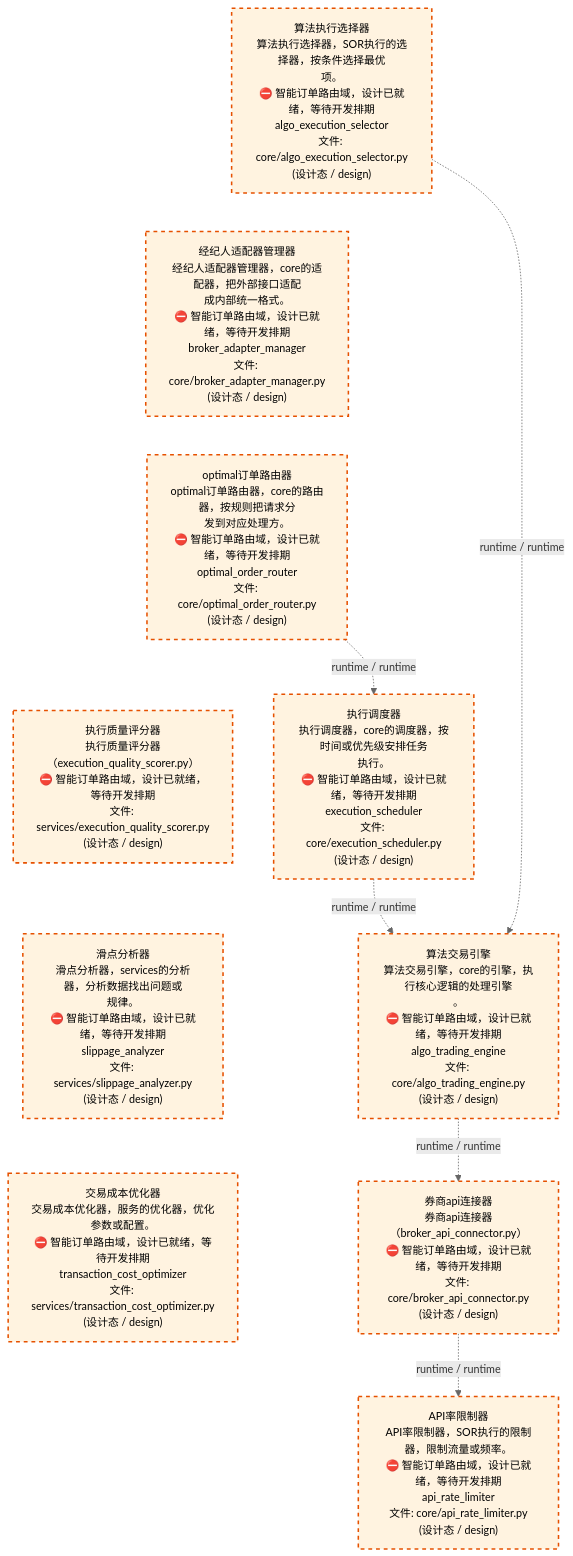
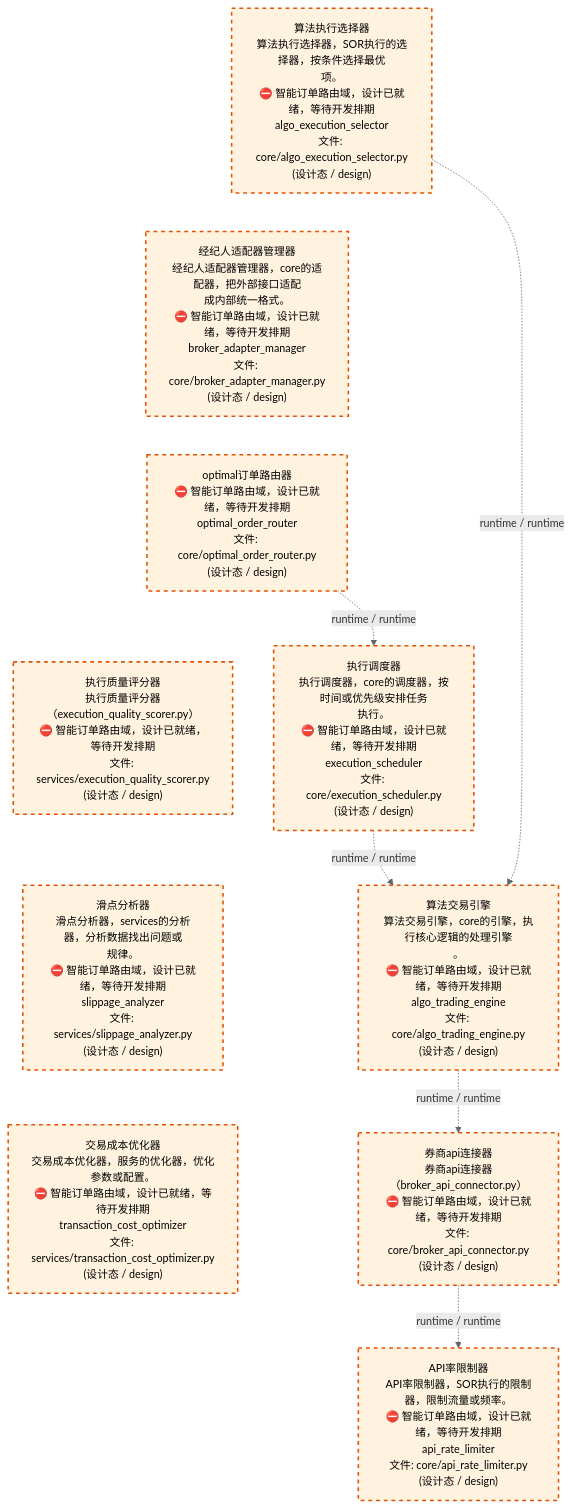
One commit to xuanFelixVan/ZephyrAlpha changed the third of 4 diagrams in docs/02_enterprise_architecture/02_domain_architecture_docs/45_d_ex_sor.md. Above: the diagram before and after it, drawn with Mermaid. The commit also changed other lines of this file and 61 other files, not shown here.

````diff
--- a/docs/02_enterprise_architecture/02_domain_architecture_docs/45_d_ex_sor.md
+++ b/docs/02_enterprise_architecture/02_domain_architecture_docs/45_d_ex_sor.md
@@ -138,29 +137,29 @@
 ```mermaid
 %%{init: {'theme': 'base', 'themeVariables': {'primaryColor': '#eaeaea', 'primaryTextColor': '#333333', 'primaryBorderColor': '#666666', 'lineColor': '#666666', 'secondaryColor': '#eaeaea', 'tertiaryColor': '#eaeaea', 'fontSize': '14px'}}}%%
 flowchart TD
     src_zephyr_ex_sor_core_algo_execution_selector_py["算法执行选择器<br/>算法执行选择器，SOR执行的选择器，按条件选择最优<br/>项。<br/>⛔ 智能订单路由域，设计已就绪，等待开发排期<br/>algo_execution_selector<br/>文件: core/algo_execution_selector.py<br/>(设计态 / design)"]
     src_zephyr_ex_sor_core_broker_adapter_manager_py["经纪人适配器管理器<br/>经纪人适配器管理器，core的适配器，把外部接口适配<br/>成内部统一格式。<br/>⛔ 智能订单路由域，设计已就绪，等待开发排期<br/>broker_adapter_manager<br/>文件: core/broker_adapter_manager.py<br/>(设计态 / design)"]
-    src_zephyr_ex_sor_core_optimal_order_router_py["optimal订单路由器<br/>optimal订单路由器，core的路由器，按规则把请求分<br/>发到对应处理方。<br/>⛔ 智能订单路由域，设计已就绪，等待开发排期<br/>optimal_order_router<br/>文件: core/optimal_order_router.py<br/>(设计态 / design)"]
+    src_zephyr_ex_sor_core_optimal_order_router_py["optimal订单路由器<br/>⛔ 智能订单路由域，设计已就绪，等待开发排期<br/>optimal_order_router<br/>文件: core/optimal_order_router.py<br/>(设计态 / design)"]
     src_zephyr_ex_sor_services_execution_quality_scorer_py["执行质量评分器<br/>执行质量评分器（execution_quality_scorer.py）<br/>⛔ 智能订单路由域，设计已就绪，等待开发排期<br/>文件: services/execution_quality_scorer.py<br/>(设计态 / design)"]
     src_zephyr_ex_sor_services_slippage_analyzer_py["滑点分析器<br/>滑点分析器，services的分析器，分析数据找出问题或<br/>规律。<br/>⛔ 智能订单路由域，设计已就绪，等待开发排期<br/>slippage_analyzer<br/>文件: services/slippage_analyzer.py<br/>(设计态 / design)"]
     src_zephyr_ex_sor_services_transaction_cost_optimizer_py["交易成本优化器<br/>交易成本优化器，服务的优化器，优化参数或配置。<br/>⛔ 智能订单路由域，设计已就绪，等待开发排期<br/>transaction_cost_optimizer<br/>文件: services/transaction_cost_optimizer.py<br/>(设计态 / design)"]
     src_zephyr_ex_sor_core_algo_execution_selector_py ~~~ src_zephyr_ex_sor_core_broker_adapter_manager_py
     src_zephyr_ex_sor_core_broker_adapter_manager_py ~~~ src_zephyr_ex_sor_core_optimal_order_router_py
     src_zephyr_ex_sor_core_optimal_order_router_py ~~~ src_zephyr_ex_sor_services_execution_quality_scorer_py
     src_zephyr_ex_sor_services_execution_quality_scorer_py ~~~ src_zephyr_ex_sor_services_slippage_analyzer_py
     src_zephyr_ex_sor_services_slippage_analyzer_py ~~~ src_zephyr_ex_sor_services_transaction_cost_optimizer_py
     src_zephyr_ex_sor_core_execution_scheduler_py["执行调度器<br/>执行调度器，core的调度器，按时间或优先级安排任务<br/>执行。<br/>⛔ 智能订单路由域，设计已就绪，等待开发排期<br/>execution_scheduler<br/>文件: core/execution_scheduler.py<br/>(设计态 / design)"]
     src_zephyr_ex_sor_core_algo_trading_engine_py["算法交易引擎<br/>算法交易引擎，core的引擎，执行核心逻辑的处理引擎<br/>。<br/>⛔ 智能订单路由域，设计已就绪，等待开发排期<br/>algo_trading_engine<br/>文件: core/algo_trading_engine.py<br/>(设计态 / design)"]
     src_zephyr_ex_sor_core_broker_api_connector_py["券商api连接器<br/>券商api连接器（broker_api_connector.py）<br/>⛔ 智能订单路由域，设计已就绪，等待开发排期<br/>文件: core/broker_api_connector.py<br/>(设计态 / design)"]
     src_zephyr_ex_sor_core_api_rate_limiter_py["API率限制器<br/>API率限制器，SOR执行的限制器，限制流量或频率。<br/>⛔ 智能订单路由域，设计已就绪，等待开发排期<br/>api_rate_limiter<br/>文件: core/api_rate_limiter.py<br/>(设计态 / design)"]
     src_zephyr_ex_sor_core_optimal_order_router_py -.->|runtime / runtime| src_zephyr_ex_sor_core_execution_scheduler_py
     src_zephyr_ex_sor_core_execution_scheduler_py -.->|runtime / runtime| src_zephyr_ex_sor_core_algo_trading_engine_py
     src_zephyr_ex_sor_core_algo_trading_engine_py -.->|runtime / runtime| src_zephyr_ex_sor_core_broker_api_connector_py
     src_zephyr_ex_sor_core_algo_execution_selector_py -.->|runtime / runtime| src_zephyr_ex_sor_core_algo_trading_engine_py
     src_zephyr_ex_sor_core_broker_api_connector_py -.->|runtime / runtime| src_zephyr_ex_sor_core_api_rate_limiter_py
     classDef production fill:#e1f5fe,stroke:#01579b,stroke-width:2px,color:#000
     classDef design fill:#fff3e0,stroke:#e65100,stroke-width:2px,color:#000,stroke-dasharray: 5 5
     classDef external_prod fill:#e8f4fd,stroke:#0277bd,stroke-width:1px,color:#000
     classDef external_design fill:#fff8e7,stroke:#ef6c00,stroke-width:1px,color:#000,stroke-dasharray: 5 5
     class src_zephyr_ex_sor_core_algo_execution_selector_py,src_zephyr_ex_sor_core_algo_trading_engine_py,src_zephyr_ex_sor_core_api_rate_limiter_py,src_zephyr_ex_sor_core_broker_adapter_manager_py,src_zephyr_ex_sor_core_broker_api_connector_py,src_zephyr_ex_sor_core_execution_scheduler_py,src_zephyr_ex_sor_core_optimal_order_router_py,src_zephyr_ex_sor_services_execution_quality_scorer_py,src_zephyr_ex_sor_services_slippage_analyzer_py,src_zephyr_ex_sor_services_transaction_cost_optimizer_py design
 ```
````
